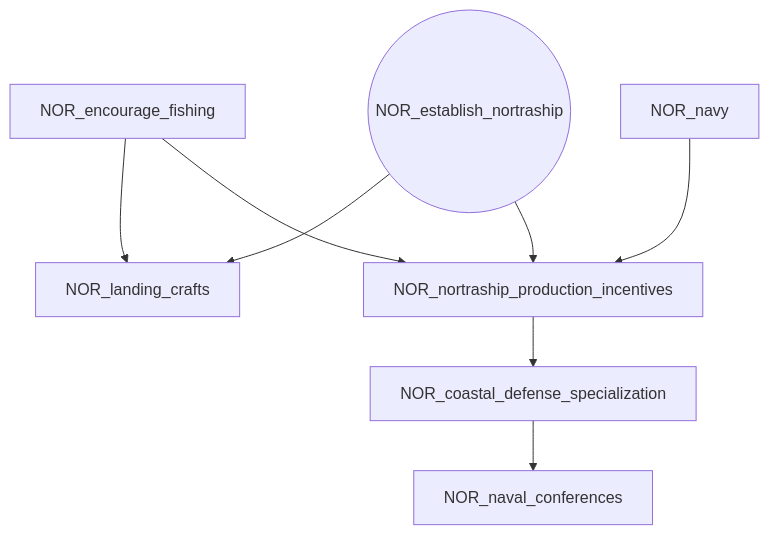
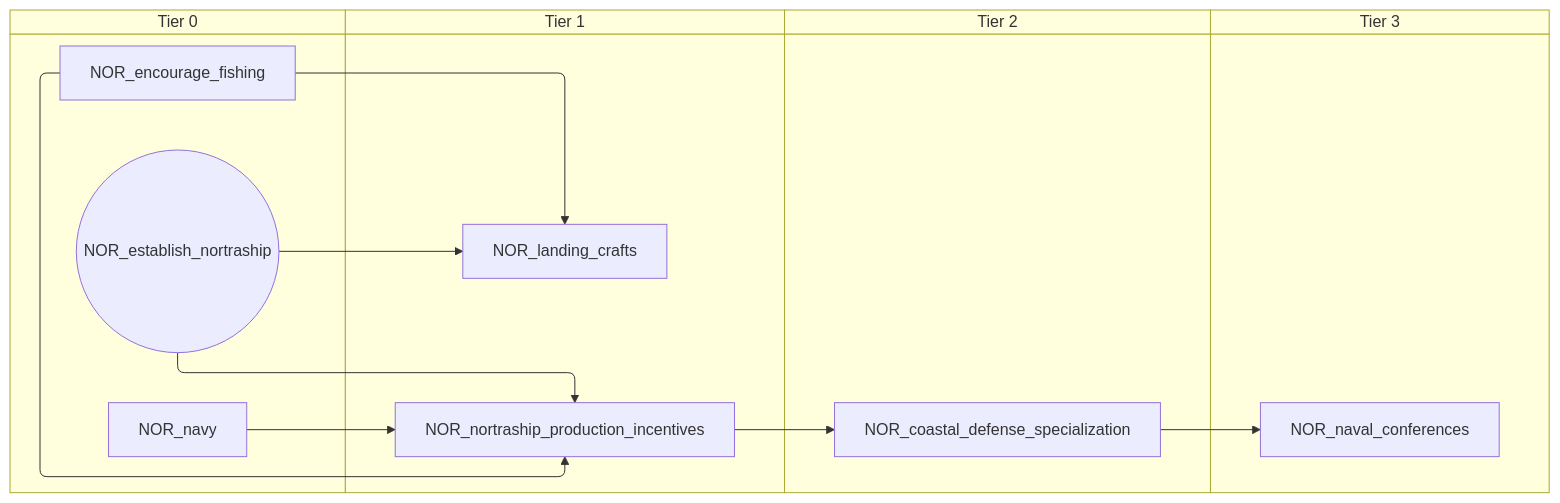
Before and after one commit to evgeny-sobol/hoi4-sandbox-mode-r56: the fifth of 9 diagrams in docs/gdd/National Focuses/r56/r56_norway.md, drawn with Mermaid. The commit also changed other lines of this file and 423 other files, not shown here.

First line of the commit message:
Re-export Rt56 focus trees as swimlane diagrams

````diff
--- a/docs/gdd/National Focuses/r56/r56_norway.md
+++ b/docs/gdd/National Focuses/r56/r56_norway.md
@@ -140,17 +180,25 @@
 ```mermaid
-flowchart TD
-    n36["NOR_coastal_defense_specialization"]
-    n37["NOR_encourage_fishing"]
-    n38(("NOR_establish_nortraship"))
-    n39["NOR_landing_crafts"]
-    n40["NOR_naval_conferences"]
-    n41["NOR_navy"]
-    n42["NOR_nortraship_production_incentives"]
-    n42 --> n36
+swimlane-beta TD
+    subgraph tier_0["Tier 0"]
+        n36["NOR_encourage_fishing"]
+        n37(("NOR_establish_nortraship"))
+        n38["NOR_navy"]
+    end
+    subgraph tier_1["Tier 1"]
+        n39["NOR_landing_crafts"]
+        n40["NOR_nortraship_production_incentives"]
+    end
+    subgraph tier_2["Tier 2"]
+        n41["NOR_coastal_defense_specialization"]
+    end
+    subgraph tier_3["Tier 3"]
+        n42["NOR_naval_conferences"]
+    end
+    n40 --> n41
+    n36 --> n39
     n37 --> n39
-    n38 --> n39
+    n41 --> n42
     n36 --> n40
-    n37 --> n42
-    n41 --> n42
-    n38 --> n42
+    n38 --> n40
+    n37 --> n40
 ```
````
